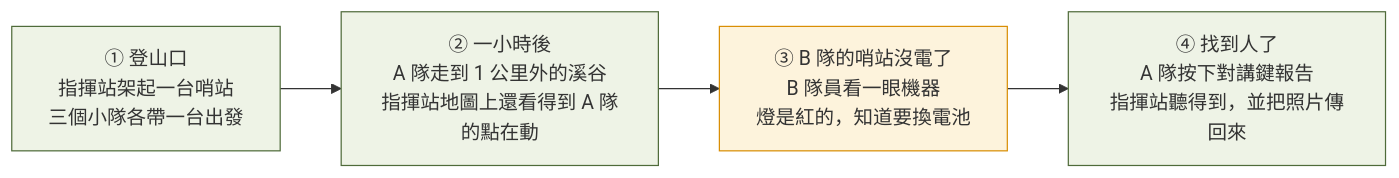
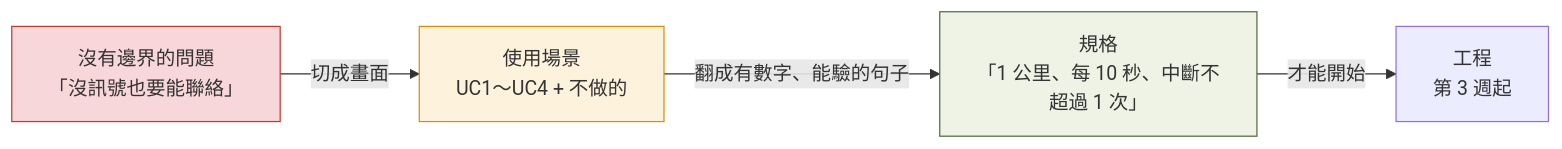
The third of 4 diagrams in docs/curriculum/week2.md (winson3QQ/Batman), drawn with Mermaid before and after one commit. The commit also changed other lines of this file and 4 other files, not shown here.

````diff
--- a/docs/curriculum/week2.md
+++ b/docs/curriculum/week2.md
@@ -13,12 +95,9 @@
 ```mermaid
 flowchart LR
-  F1["① 登山口<br/>指揮站架起一台哨站<br/>三個小隊各帶一台出發"]
-  F2["② 一小時後<br/>A 隊走到 1 公里外的溪谷<br/>指揮站地圖上還看得到 A 隊的點在動"]
-  F3["③ B 隊的哨站沒電了<br/>B 隊員看一眼機器<br/>燈是紅的，知道要換電池"]
-  F4["④ 找到人了<br/>A 隊按下對講鍵報告<br/>指揮站聽得到，並把照片傳回來"]
-  F1 --> F2 --> F3 --> F4
-  style F1 fill:#eef3e6,stroke:#4f6b3a
-  style F2 fill:#eef3e6,stroke:#4f6b3a
-  style F3 fill:#fdf3dc,stroke:#d98e04
-  style F4 fill:#eef3e6,stroke:#4f6b3a
+  A[沒有邊界的問題<br/>「沒訊號也要能聯絡」] -->|切成畫面| B[使用場景<br/>UC1～UC4 + 不做的]
+  B -->|翻成有數字、能驗的句子| C[規格<br/>「1 公里、每 10 秒、中斷不超過 1 次」]
+  C -->|才能開始| D[工程<br/>第 3 週起]
+  style A fill:#f8d7da,stroke:#c0392b
+  style B fill:#fdf3dc,stroke:#d98e04
+  style C fill:#eef3e6,stroke:#4f6b3a
 ```
````
